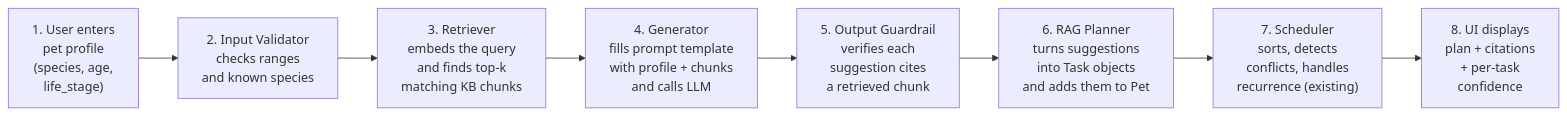
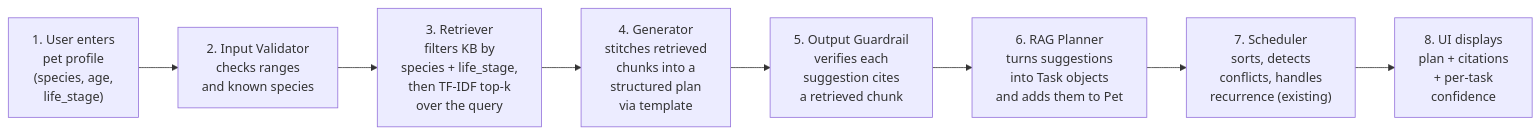
Before and after one commit to t-mthy/applied-ai-system-rag-pet-care-planner: the second of 2 diagrams in assets/architecture.md, drawn with Mermaid. The commit also changed other lines of this file and 1 other file, not shown here.

Commit message:
docs: architecture pivot to offline-first stack (TF-IDF + templates)

````diff
--- a/assets/architecture.md
+++ b/assets/architecture.md
@@ -100,11 +122,11 @@
 ```mermaid
 flowchart LR
     A["1. User enters<br/>pet profile<br/>(species, age,<br/>life_stage)"]
         --> B["2. Input Validator<br/>checks ranges<br/>and known species"]
-    B --> C["3. Retriever<br/>embeds the query<br/>and finds top-k<br/>matching KB chunks"]
-    C --> D["4. Generator<br/>fills prompt template<br/>with profile + chunks<br/>and calls LLM"]
+    B --> C["3. Retriever<br/>filters KB by<br/>species + life_stage,<br/>then TF-IDF top-k<br/>over the query"]
+    C --> D["4. Generator<br/>stitches retrieved<br/>chunks into a<br/>structured plan<br/>via template"]
     D --> E["5. Output Guardrail<br/>verifies each<br/>suggestion cites<br/>a retrieved chunk"]
     E --> F["6. RAG Planner<br/>turns suggestions<br/>into Task objects<br/>and adds them to Pet"]
     F --> G["7. Scheduler<br/>sorts, detects<br/>conflicts, handles<br/>recurrence (existing)"]
     G --> H["8. UI displays<br/>plan + citations<br/>+ per-task<br/>confidence"]
 ```
````
